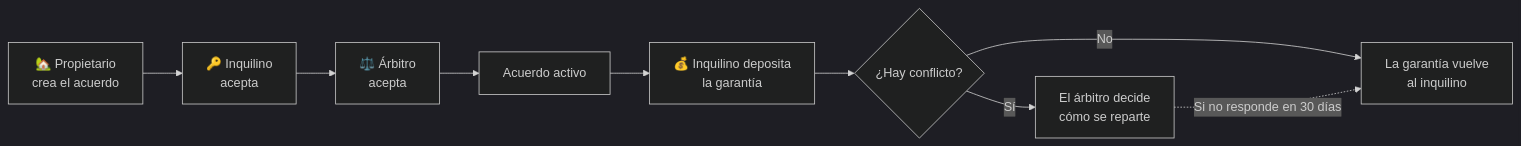
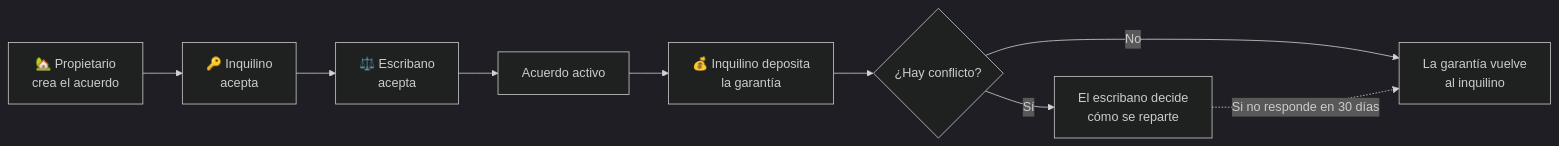
Before and after one commit to virginiacastellano/RentChain: the diagram in README.md, drawn with Mermaid (dark theme). The commit also changed other lines of this file, not shown here.

First line of the commit message:
README: vision completa del proyecto y roadmap

````diff
--- a/README.md
+++ b/README.md
@@ -32,11 +47,11 @@
 ```mermaid
 flowchart LR
     A[🏡 Propietario<br/>crea el acuerdo] --> B[🔑 Inquilino<br/>acepta]
-    B --> C[⚖️ Árbitro<br/>acepta]
+    B --> C[⚖️ Escribano<br/>acepta]
     C --> D[Acuerdo activo]
     D --> E[💰 Inquilino deposita<br/>la garantía]
     E --> F{¿Hay conflicto?}
     F -- No --> G[La garantía vuelve<br/>al inquilino]
-    F -- Sí --> H[El árbitro decide<br/>cómo se reparte]
+    F -- Sí --> H[El escribano decide<br/>cómo se reparte]
     H -. Si no responde en 30 días .-> G
 ```
````
